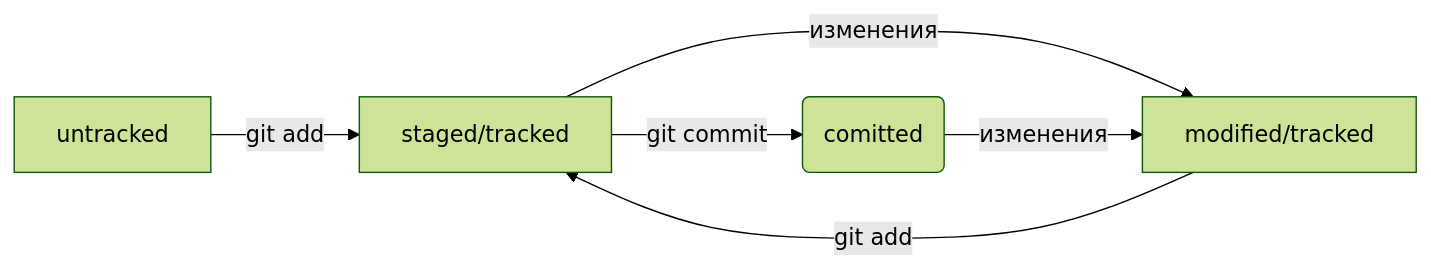
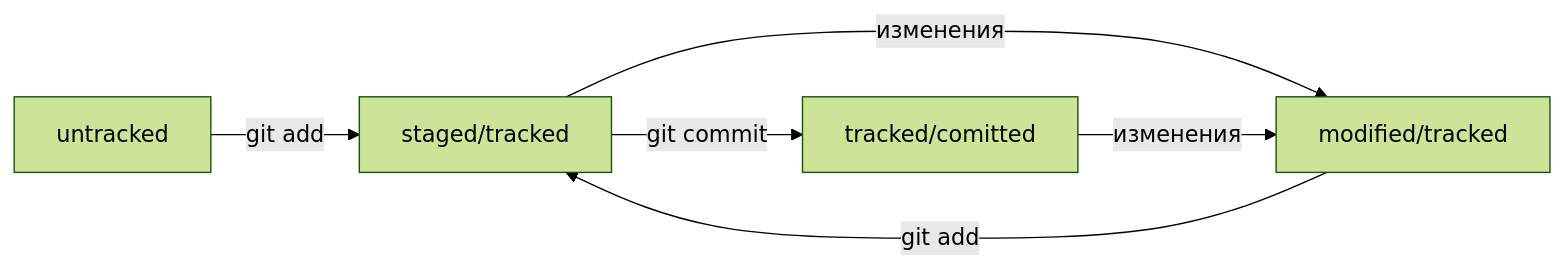
Before and after one commit to roman-lukichev/git-helper: the diagram in README.md, drawn with Mermaid (forest theme). The commit also changed other lines of this file, not shown here.

Commit message:
Add information about the commit description

````diff
--- a/README.md
+++ b/README.md
@@ -15,10 +17,10 @@
 ```mermaid
 graph LR;
     untracked -- "git add" --> staged/tracked;
-    staged/tracked    -- "git commit"     --> tracked(comitted);
+    staged/tracked    -- "git commit"     --> tracked/comitted;
     staged/tracked    -- "изменения"     --> modified/tracked;
     modified/tracked    -- "git add"     --> staged/tracked;
-    tracked(comitted)    -- "изменения"     --> modified/tracked;
+    tracked/comitted    -- "изменения"     --> modified/tracked;
 
 %% жизненный цикл файла в Git
 ```
````
